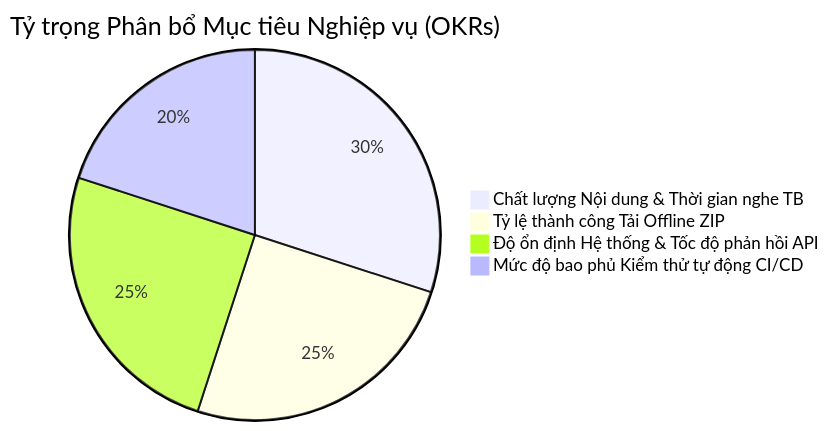
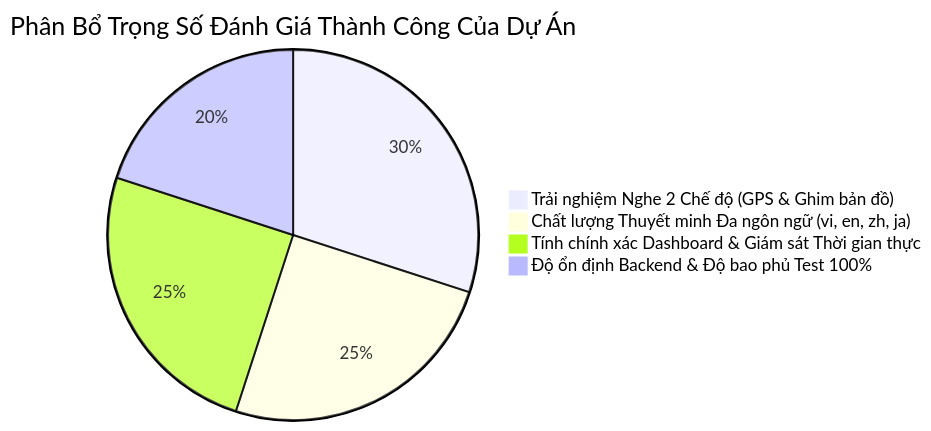
Before and after one commit to HuynhQuang16032006/Multi_Languages_Automatic_Translation: the third of 3 diagrams in docs/PRD.md, drawn with Mermaid. The commit also changed other lines of this file and 4 other files, not shown here.

````diff
--- a/docs/PRD.md
+++ b/docs/PRD.md
@@ -133,7 +346,7 @@
 ```mermaid
-pie title Tỷ trọng Phân bổ Mục tiêu Nghiệp vụ (OKRs)
-    "Chất lượng Nội dung & Thời gian nghe TB": 30
-    "Tỷ lệ thành công Tải Offline ZIP": 25
-    "Độ ổn định Hệ thống & Tốc độ phản hồi API": 25
-    "Mức độ bao phủ Kiểm thử tự động CI/CD": 20
+pie title Phân Bổ Trọng Số Đánh Giá Thành Công Của Dự Án
+    "Trải nghiệm Nghe 2 Chế độ (GPS & Ghim bản đồ)": 30
+    "Chất lượng Thuyết minh Đa ngôn ngữ (vi, en, zh, ja)": 25
+    "Tính chính xác Dashboard & Giám sát Thời gian thực": 25
+    "Độ ổn định Backend & Độ bao phủ Test 100%": 20
 ```
````
